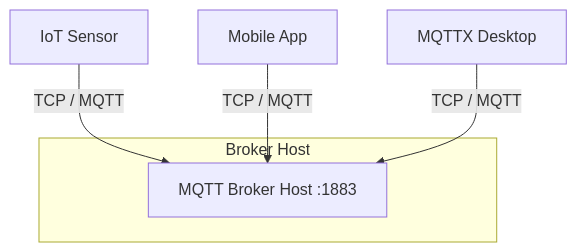
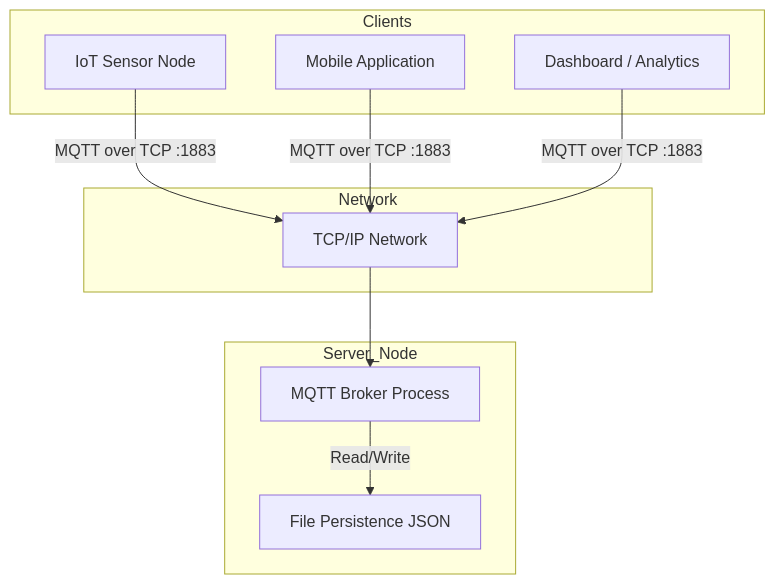
One commit to karolbystrek/mqtt-broker changed the first of 7 diagrams in README.md. Above: the diagram before and after it, drawn with Mermaid. The commit also changed other lines of this file, not shown here.

````diff
--- a/README.md
+++ b/README.md
@@ -15,10 +15,23 @@
 ```mermaid
 graph TD
-    Client1[IoT Sensor] -->|TCP / MQTT| Broker[MQTT Broker Host :1883]
-    Client2[Mobile App] -->|TCP / MQTT| Broker
-    Client3[MQTTX Desktop] -->|TCP / MQTT| Broker
-    
-    subgraph Broker Host
-        Broker
+    subgraph Clients
+        C1[IoT Sensor Node]
+        C2[Mobile Application]
+        C3[Dashboard / Analytics]
     end
+
+    subgraph Network
+        TCP[TCP/IP Network]
+    end
+
+    subgraph Server_Node
+        Broker[MQTT Broker Process]
+        Store[File Persistence JSON]
+    end
+
+    C1 -->|MQTT over TCP :1883| TCP
+    C2 -->|MQTT over TCP :1883| TCP
+    C3 -->|MQTT over TCP :1883| TCP
+    TCP --> Broker
+    Broker -->|Read/Write| Store
 ```
````
